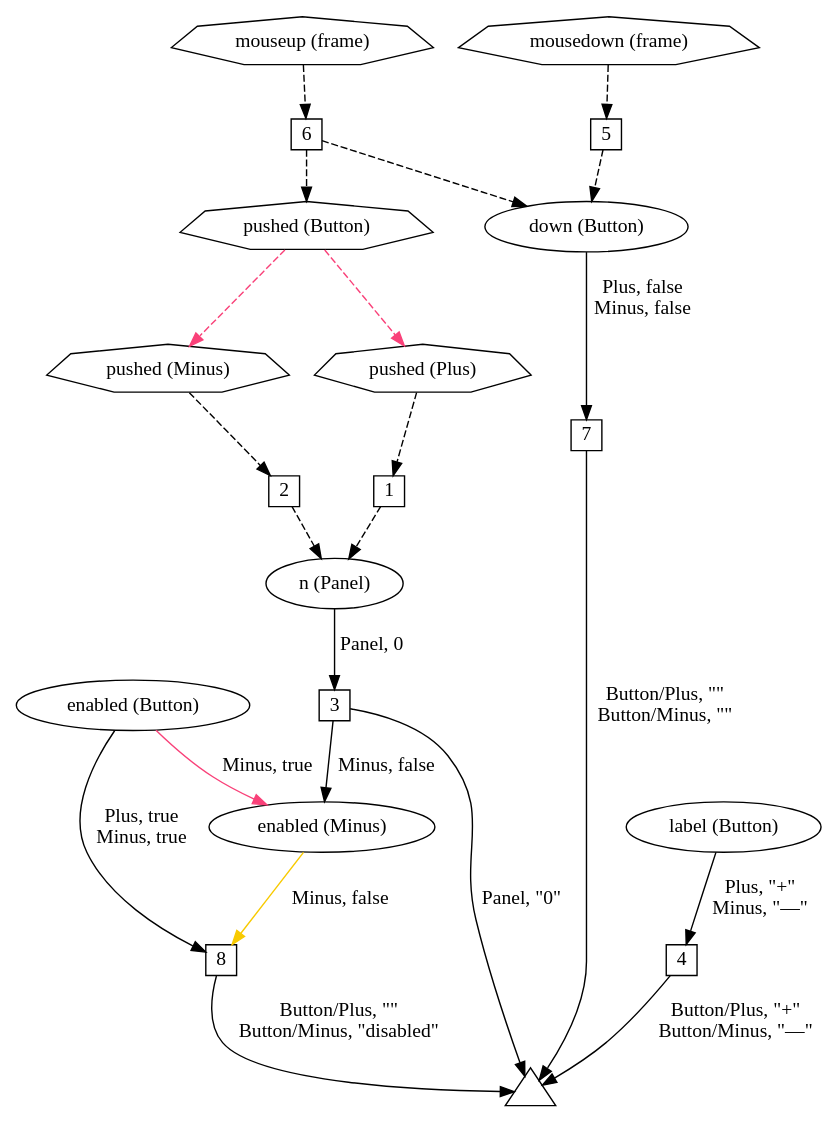
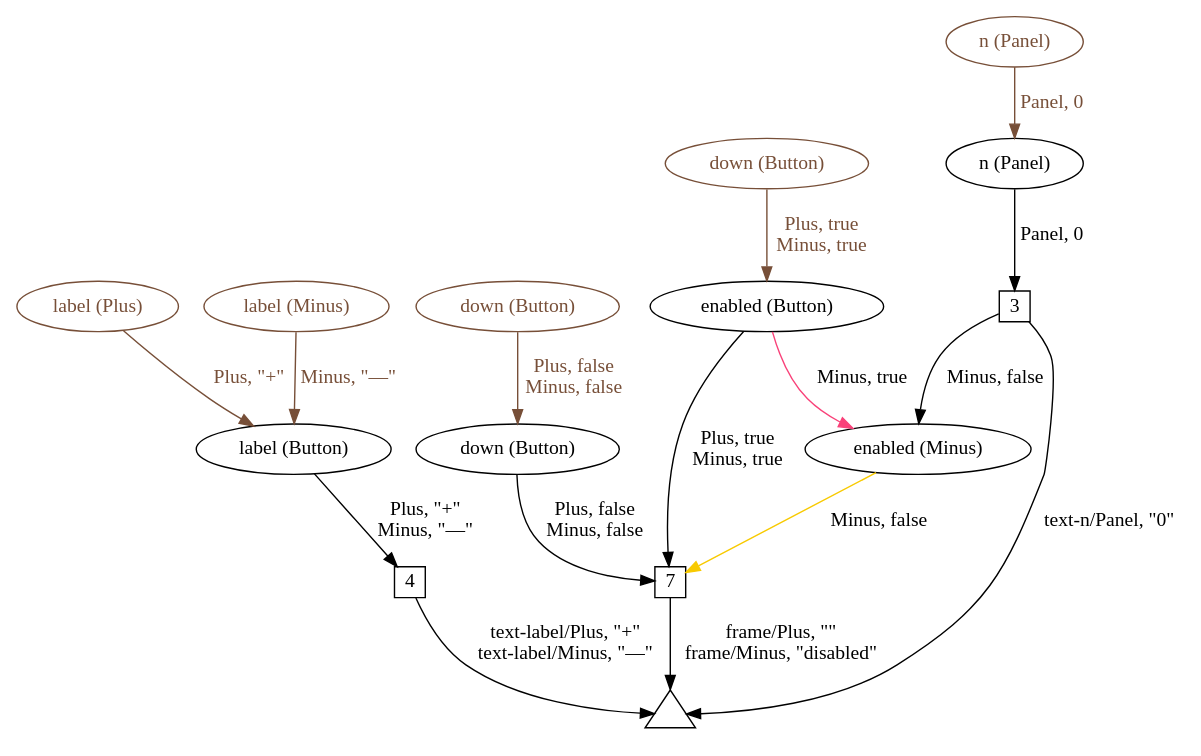
One commit to bendr/bender changed the diagram in spec/fig/graph-init.gv. Above: the diagram before and after it, drawn with Graphviz. The commit also changed 13 other files, not shown here.

Commit message:
Updating example (TODO update the graph traversal example)

```diff
--- a/spec/fig/graph-init.gv
+++ b/spec/fig/graph-init.gv
@@ -1,56 +1,40 @@
 digraph bender {
   node [fontname="Avenir Next"];
   edge [fontname="Avenir Next"];
 
   t [label="", shape=triangle, fixedsize=true, width=0.5];
 
-  ppushed [label="pushed (Plus)", shape=septagon];
-  w1 [label="1", shape=square, fixedsize=true, width=0.3];
-  ppushed -> w1 [style="dashed"];
-  w1 -> n [style="dashed"];
-
-  mpushed [label="pushed (Minus)", shape=septagon];
-  w2 [label="2", shape=square, fixedsize=true, width=0.3];
-  mpushed -> w2 [style=dashed];
-  w2 -> n [style=dashed];
-
+  init_n [label="n (Panel)", color="#774f38", fontcolor="#774f38"];
+  init_n -> n [color="#774f38", fontcolor="#774f38", label="Panel, 0"];
   n [label="n (Panel)"];
   w3 [label="3", shape=square, fixedsize=true, width=0.3];
   menabled [label="enabled (Minus)"];
   n -> w3 [label="Panel, 0"];
-  w3 -> t [label="Panel, \"0\""];
+  w3 -> t [label="text-n/Panel, \"0\""];
   w3 -> menabled [label="Minus, false"];
 
+  init_mlabel [label="label (Minus)", color="#774f38", fontcolor="#774f38"];
+  init_plabel [label="label (Plus)", color="#774f38", fontcolor="#774f38"];
+  init_mlabel -> label [color="#774f38", fontcolor="#774f38", label="Minus, \"—\""];
+  init_plabel -> label [color="#774f38", fontcolor="#774f38", label="Plus, \"+\""];
   label [label="label (Button)"];
   w4 [label="4", shape=square, fixedsize=true, width=0.3];
   label -> w4 [label="Plus, \"+\"\nMinus, \"—\""];
-  w4 -> t [label="Button/Plus, \"+\"\nButton/Minus, \"—\""];
+  w4 -> t [label="text-label/Plus, \"+\"\ntext-label/Minus, \"—\""];
 
-  mousedown [label="mousedown (frame)", shape=septagon];
-  w5 [label="5", shape=square, fixedsize=true, width=0.3];
+  init_down [label="down (Button)", color="#774f38", fontcolor="#774f38"];
+  init_down -> down [color="#774f38", fontcolor="#774f38", label="Plus, false\nMinus, false"];
   down [label="down (Button)"];
-  mousedown -> w5 [style=dashed];
-  w5 -> down [style=dashed];
-
-  mouseup [label="mouseup (frame)", shape=septagon];
-  w6 [label="6", shape=square, fixedsize=true, width=0.3];
-  mouseup -> w6 [style=dashed];
-  w6 -> down [style="dashed"];
-  w6 -> pushed [style="dashed"];
-
-  pushed [label="pushed (Button)", shape=septagon];
-  pushed -> ppushed [style=dashed, color="#f94179"];
-  pushed -> mpushed [style=dashed, color="#f94179"];
 
   w7 [label="7", shape=square, fixedsize=true, width=0.3];
   down -> w7 [label="Plus, false\nMinus, false"];
-  w7 -> t [label="Button/Plus, \"\"\nButton/Minus, \"\""];
 
-  w8 [label="8", shape=square, fixedsize=true, width=0.3];
-  enabled -> w8 [label="Plus, true\nMinus, true"];
+  enabled -> w7 [label="Plus, true\nMinus, true"];
   enabled -> menabled [label="Minus, true", color="#f94179"];
+  init_enabled [label="down (Button)", color="#774f38", fontcolor="#774f38"];
+  init_enabled -> enabled [color="#774f38", fontcolor="#774f38", label="Plus, true\nMinus, true"];
   enabled [label="enabled (Button)"];
-  menabled -> w8 [label="Minus, false", color="#f8ca00"];
-  w8 -> t [label="Button/Plus, \"\"\nButton/Minus, \"disabled\""];
+  menabled -> w7 [label="Minus, false", color="#f8ca00"];
+  w7 -> t [label="frame/Plus, \"\"\nframe/Minus, \"disabled\""];
 
 }
```
